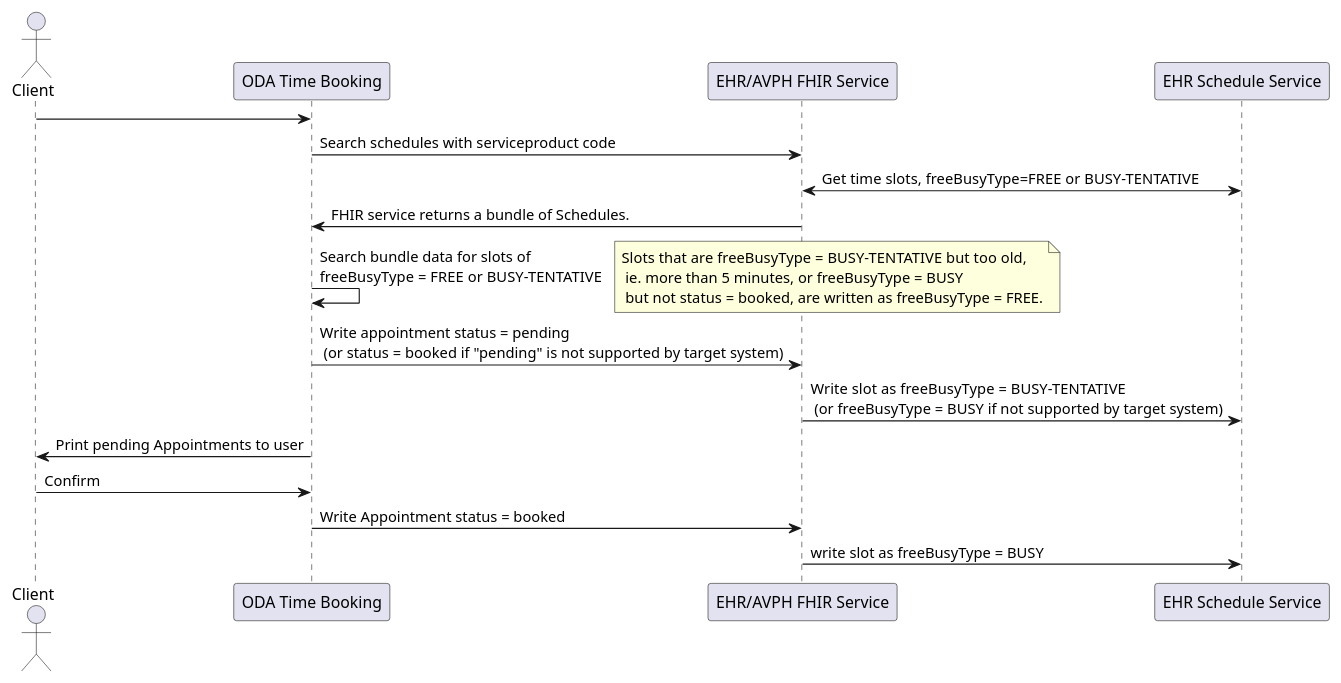
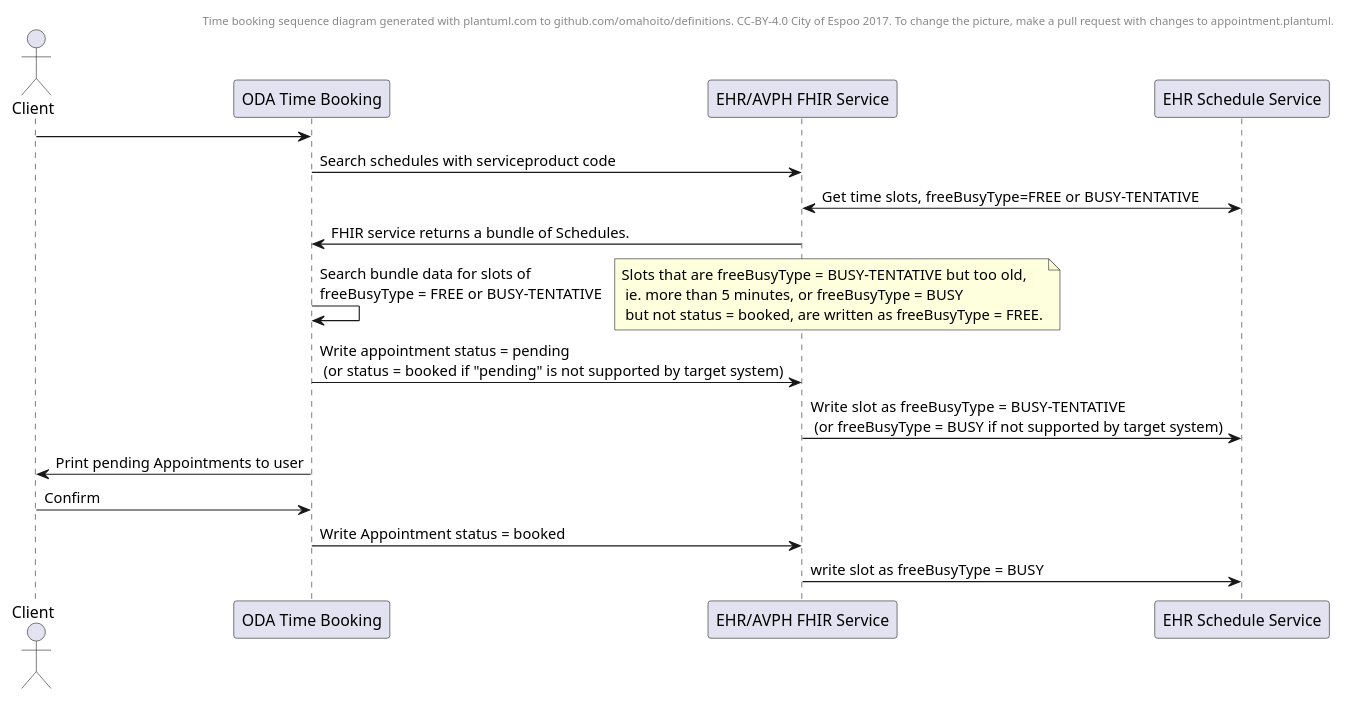
One commit to ruoat/definitions changed the diagram in appointment.plantuml. Above: the diagram before and after it, drawn with PlantUML.

Commit message:
Add header

```diff
--- a/appointment.plantuml
+++ b/appointment.plantuml
@@ -1,30 +1,35 @@
 @startuml
+header
+Time booking sequence diagram generated with plantuml.com to github.com/omahoito/definitions. \
+CC-BY-4.0 City of Espoo 2017. \
+To change the picture, make a pull request with changes to appointment.plantuml.
+endheader
 
 actor Client
 participant "ODA Time Booking" as ODA
 participant "EHR/AVPH FHIR Service" as av
 participant "EHR Schedule Service" as EHR
 
 Client -> ODA
 
 ODA -> av : Search schedules with serviceproduct code
 av <-> EHR : Get time slots, freeBusyType=FREE or BUSY-TENTATIVE
 av -> ODA : FHIR service returns a bundle of Schedules.
 
 ODA -> ODA : Search bundle data for slots of \nfreeBusyType = FREE or BUSY-TENTATIVE
 note right: Slots that are freeBusyType = BUSY-TENTATIVE but too old,\n\
  ie. more than 5 minutes, or freeBusyType = BUSY \n\
  but not status = booked, are written as freeBusyType = FREE.
 
 ODA -> av : Write appointment status = pending\n\
  (or status = booked if "pending" is not supported by target system)
 av -> EHR : Write slot as freeBusyType = BUSY-TENTATIVE\n\
  (or freeBusyType = BUSY if not supported by target system)
 
 ODA -> Client : Print pending Appointments to user
 Client -> ODA : Confirm
 
 ODA -> av : Write Appointment status = booked
 av -> EHR : write slot as freeBusyType = BUSY
 
 @enduml
```
